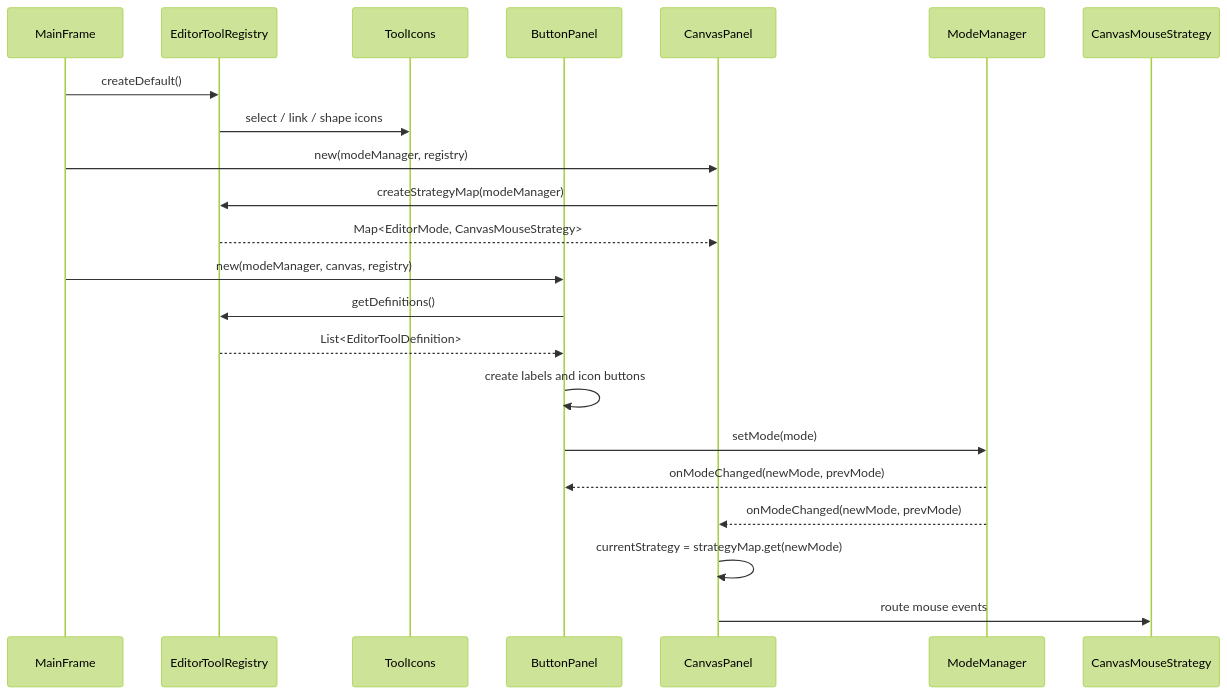
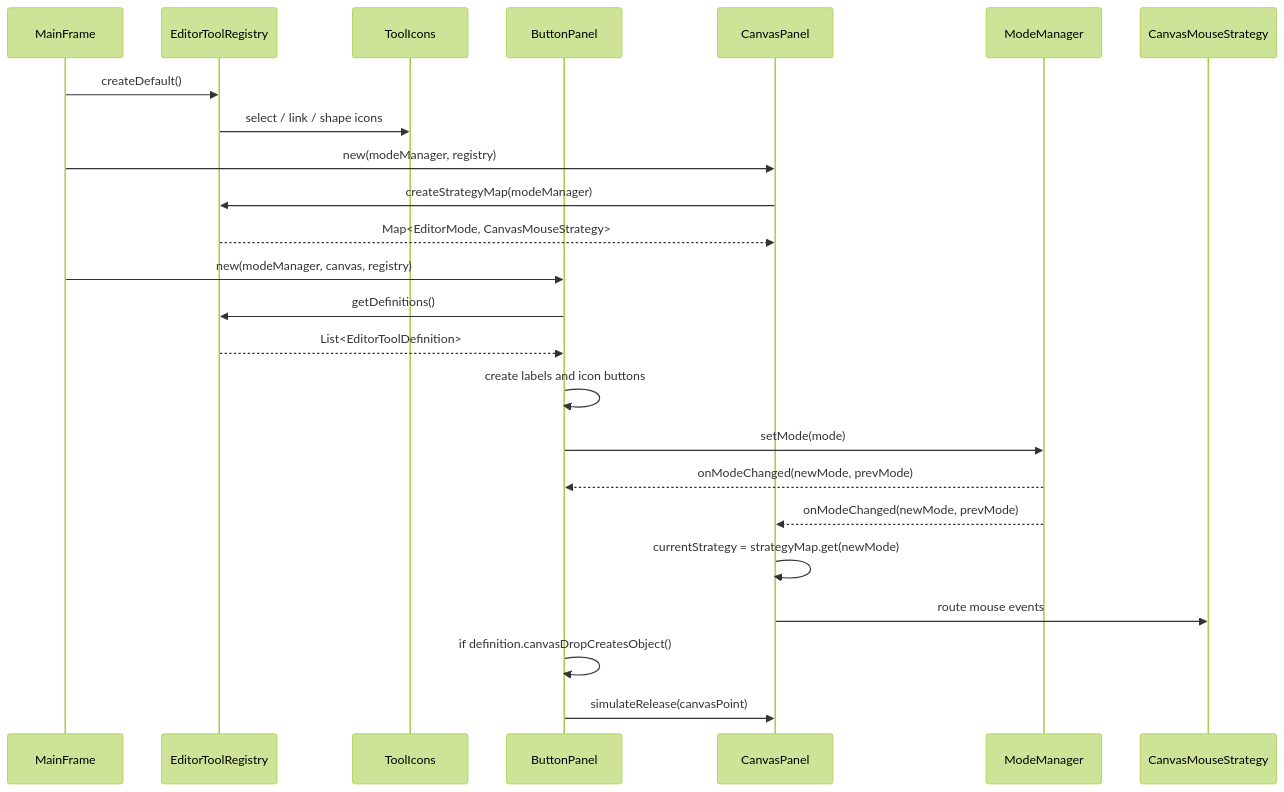
Before and after one commit to HsuChen88/UML-demo: the fifth of 12 diagrams in ARCHITECTURE.md, drawn with Mermaid (forest theme). The commit also changed other lines of this file, not shown here.

Commit message:
docs: upate ARCHITECTURE.md

````diff
--- a/ARCHITECTURE.md
+++ b/ARCHITECTURE.md
@@ -315,26 +405,29 @@
 ```mermaid
 sequenceDiagram
     participant MF as MainFrame
     participant Registry as EditorToolRegistry
     participant Icons as ToolIcons
     participant BP as ButtonPanel
     participant CP as CanvasPanel
     participant MM as ModeManager
     participant Strategy as CanvasMouseStrategy
 
     MF->>Registry: createDefault()
     Registry->>Icons: select / link / shape icons
     MF->>CP: new(modeManager, registry)
     CP->>Registry: createStrategyMap(modeManager)
     Registry-->>CP: Map<EditorMode, CanvasMouseStrategy>
     MF->>BP: new(modeManager, canvas, registry)
     BP->>Registry: getDefinitions()
     Registry-->>BP: List<EditorToolDefinition>
     BP->>BP: create labels and icon buttons
 
     BP->>MM: setMode(mode)
     MM-->>BP: onModeChanged(newMode, prevMode)
     MM-->>CP: onModeChanged(newMode, prevMode)
     CP->>CP: currentStrategy = strategyMap.get(newMode)
     CP->>Strategy: route mouse events
+
+    BP->>BP: if definition.canvasDropCreatesObject()
+    BP->>CP: simulateRelease(canvasPoint)
 ```
````
